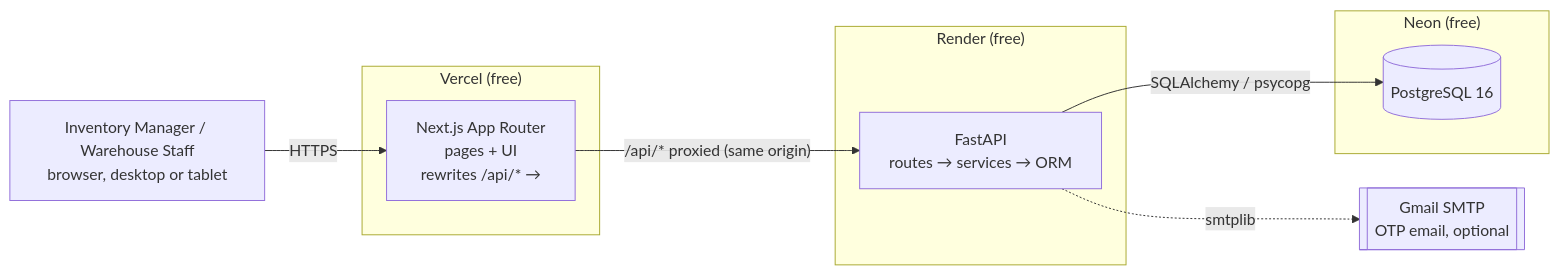
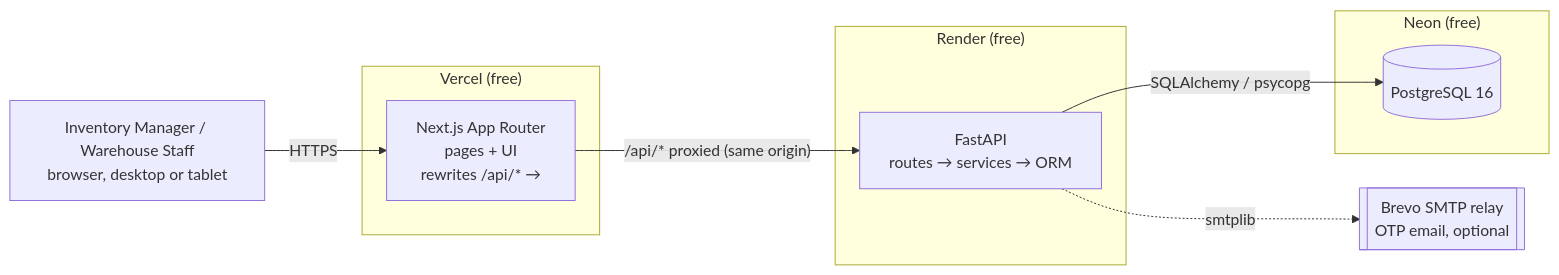
The first of 3 diagrams in docs/ARCHITECTURE.md (Harsha-code-per/StockSense), drawn with Mermaid before and after one commit. The commit also changed other lines of this file and 6 other files, not shown here.

````diff
--- a/docs/ARCHITECTURE.md
+++ b/docs/ARCHITECTURE.md
@@ -11,18 +11,18 @@
 ```mermaid
 flowchart LR
     U[Inventory Manager / Warehouse Staff<br/>browser, desktop or tablet]
     subgraph Vercel["Vercel (free)"]
         N[Next.js App Router<br/>pages + UI<br/>rewrites /api/* →]
     end
     subgraph Render["Render (free)"]
         F[FastAPI<br/>routes → services → ORM]
     end
     subgraph Neon["Neon (free)"]
         P[(PostgreSQL 16)]
     end
-    S[[Gmail SMTP<br/>OTP email, optional]]
+    S[[Brevo SMTP relay<br/>OTP email, optional]]
     U -- HTTPS --> N
     N -- "/api/* proxied (same origin)" --> F
     F -- SQLAlchemy / psycopg --> P
     F -. smtplib .-> S
 ```
````
